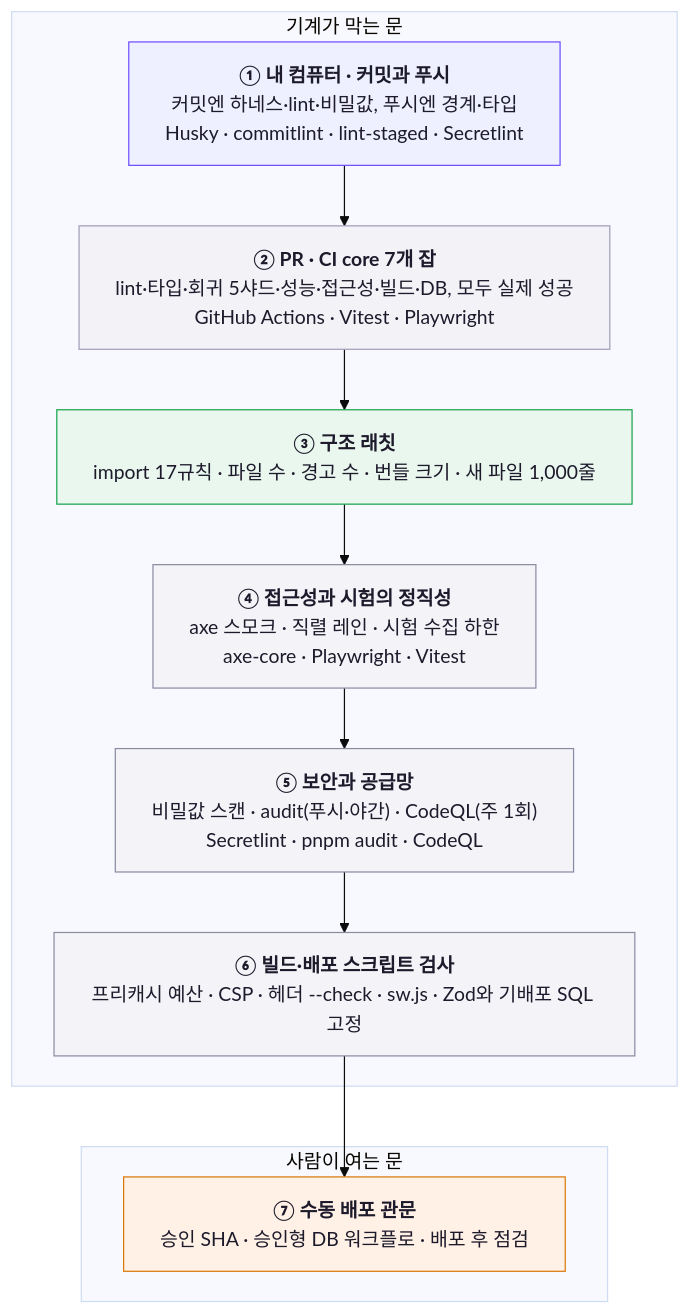
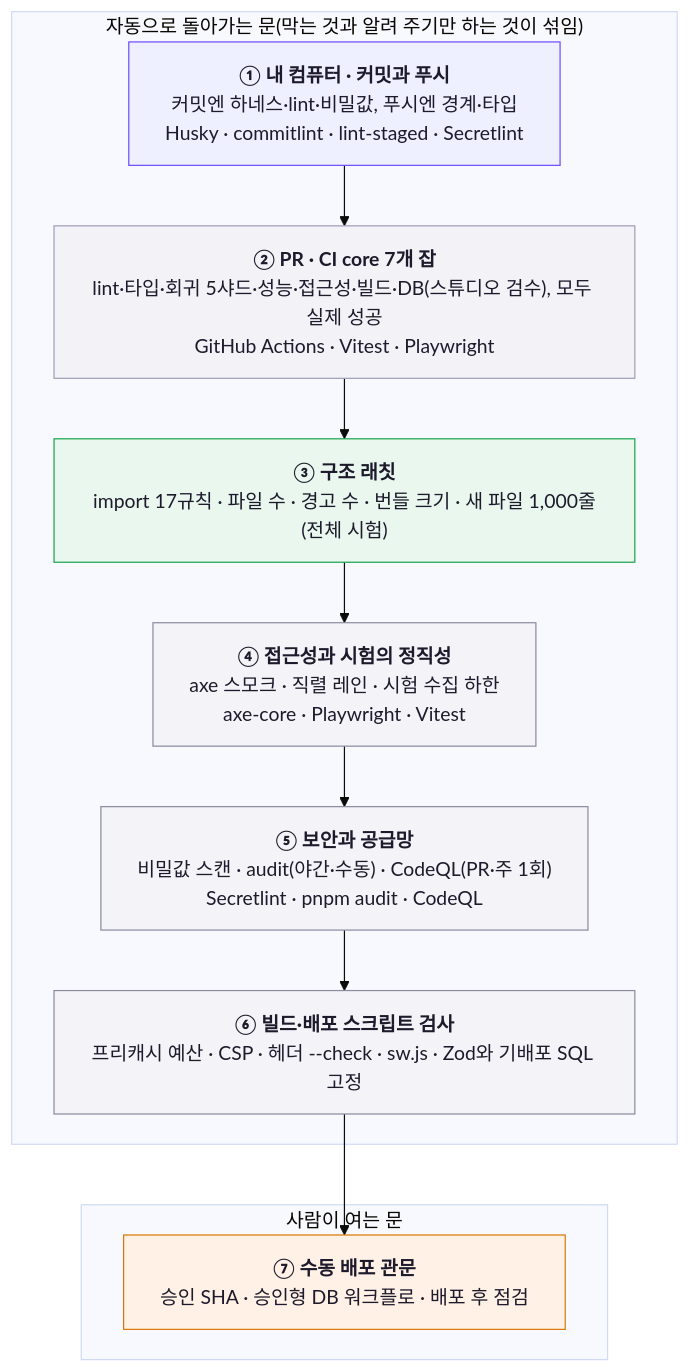
Before and after one commit to blue45f/toonstudio: diagram 12 of 13 in docs/technology/engineering-architecture.md, drawn with Mermaid (base theme). The commit also changed other lines of this file and 9 other files, not shown here.

````diff
--- a/docs/technology/engineering-architecture.md
+++ b/docs/technology/engineering-architecture.md
@@ -687,35 +690,35 @@
 ```mermaid
 %%{init: {"flowchart": {"wrappingWidth": 420}}}%%
 flowchart TB
   hooks["<b>① 내 컴퓨터 · 커밋과 푸시</b><br/>커밋엔 하네스·lint·비밀값, 푸시엔 경계·타입<br/>Husky · commitlint · lint-staged · Secretlint"]
-  ci["<b>② PR · CI core 7개 잡</b><br/>lint·타입·회귀 5샤드·성능·접근성·빌드·DB, 모두 실제 성공<br/>GitHub Actions · Vitest · Playwright"]
-  ratchet["<b>③ 구조 래칫</b><br/>import 17규칙 · 파일 수 · 경고 수 · 번들 크기 · 새 파일 1,000줄"]
+  ci["<b>② PR · CI core 7개 잡</b><br/>lint·타입·회귀 5샤드·성능·접근성·빌드·DB(스튜디오 검수), 모두 실제 성공<br/>GitHub Actions · Vitest · Playwright"]
+  ratchet["<b>③ 구조 래칫</b><br/>import 17규칙 · 파일 수 · 경고 수 · 번들 크기 · 새 파일 1,000줄(전체 시험)"]
   tests["<b>④ 접근성과 시험의 정직성</b><br/>axe 스모크 · 직렬 레인 · 시험 수집 하한<br/>axe-core · Playwright · Vitest"]
-  security["<b>⑤ 보안과 공급망</b><br/>비밀값 스캔 · audit(푸시·야간) · CodeQL(주 1회)<br/>Secretlint · pnpm audit · CodeQL"]
+  security["<b>⑤ 보안과 공급망</b><br/>비밀값 스캔 · audit(야간·수동) · CodeQL(PR·주 1회)<br/>Secretlint · pnpm audit · CodeQL"]
   build["<b>⑥ 빌드·배포 스크립트 검사</b><br/>프리캐시 예산 · CSP · 헤더 --check · sw.js · Zod와 기배포 SQL 고정"]
   manual["<b>⑦ 수동 배포 관문</b><br/>승인 SHA · 승인형 DB 워크플로 · 배포 후 점검"]
   hooks --> ci
   ci --> ratchet
   ratchet --> tests
   tests --> security
   security --> build
   build --> manual
   style hooks fill:#eef0ff,stroke:#6d4aff,color:#1d1a2b
   style ci fill:#f2f2f7,stroke:#a09cb8,color:#1d1a2b
   style ratchet fill:#e9f7ee,stroke:#16a34a,color:#1d1a2b
   style tests fill:#f4f4f8,stroke:#8a8aa0,color:#1d1a2b
   style security fill:#f4f4f8,stroke:#8a8aa0,color:#1d1a2b
   style build fill:#f4f4f8,stroke:#8a8aa0,color:#1d1a2b
   style manual fill:#fff1e6,stroke:#d97706,color:#1d1a2b
-  subgraph bracket1["기계가 막는 문"]
+  subgraph bracket1["자동으로 돌아가는 문(막는 것과 알려 주기만 하는 것이 섞임)"]
     hooks
     ci
     ratchet
     tests
     security
     build
   end
   subgraph bracket2["사람이 여는 문"]
     manual
   end
 ```
````
